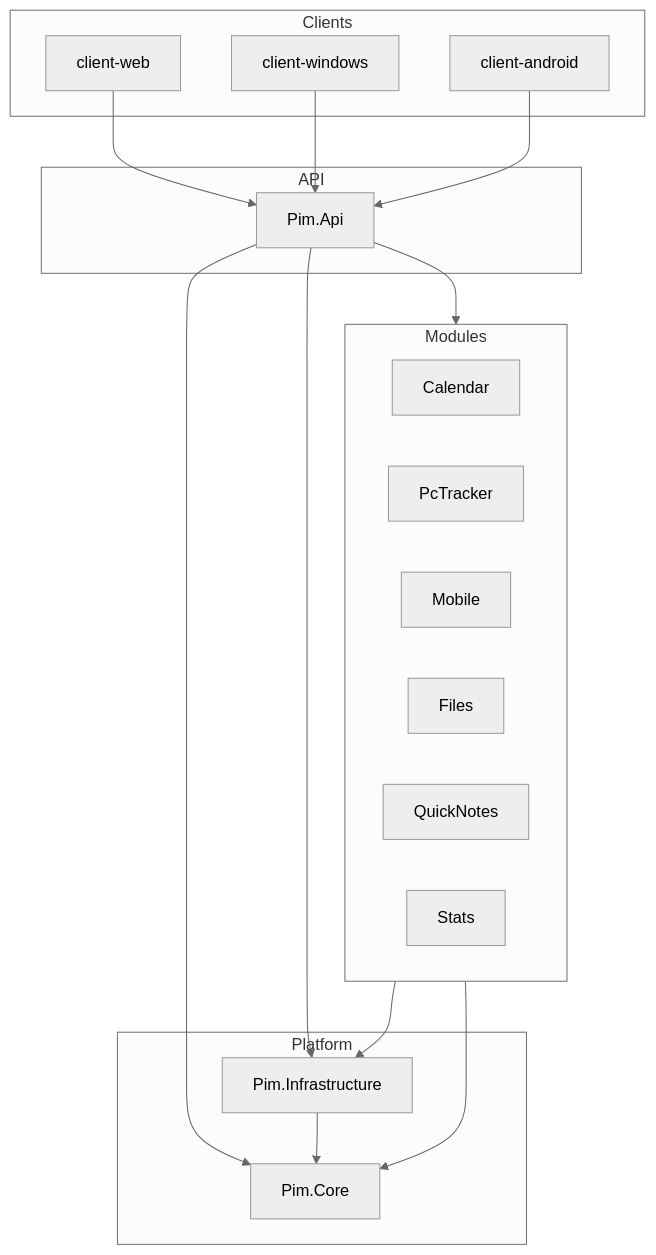
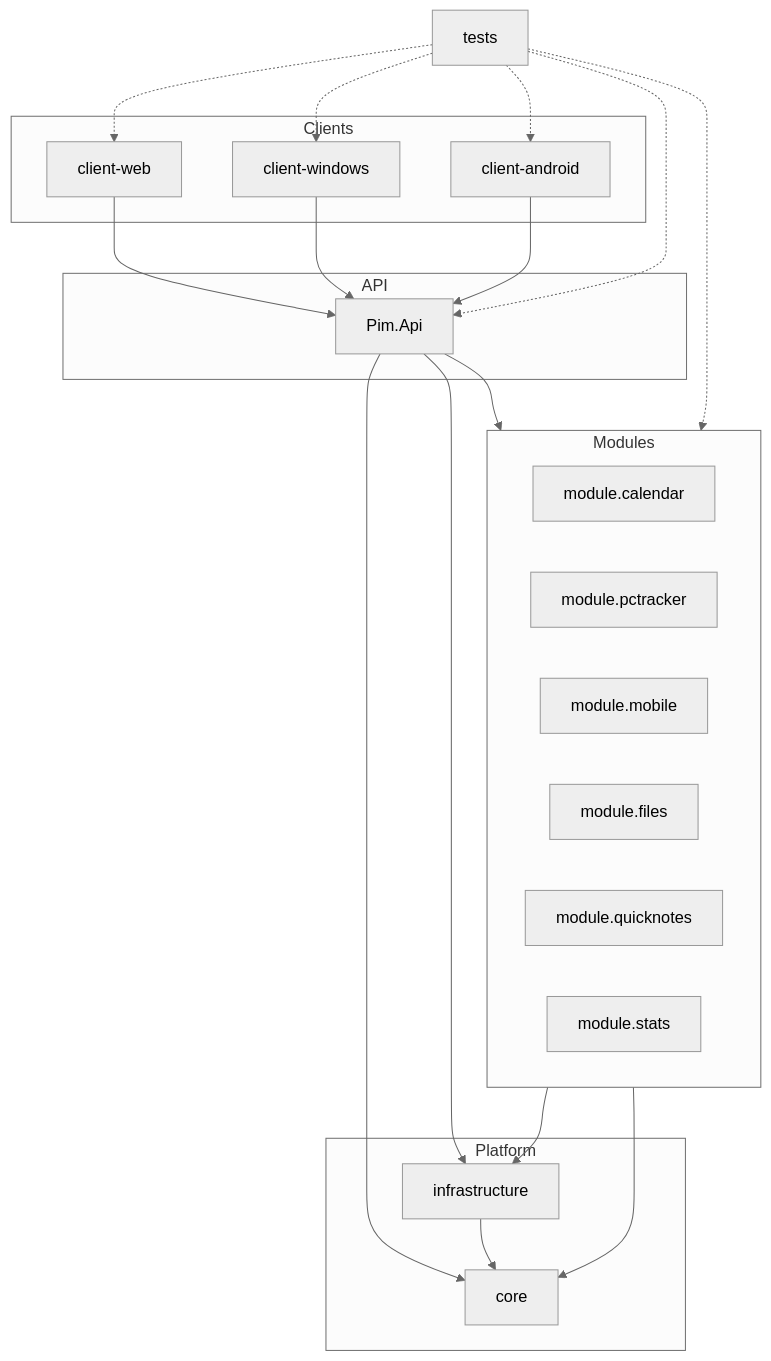
Before and after one commit to 2746267826/pim-platform: the diagram in docs/pseudocode/graphs/overview.mmd.md, drawn with Mermaid (neutral theme). The commit also changed other lines of this file and 49 other files, not shown here.

First line of the commit message:
docs: complete full-library pseudocode coverage and relationship graphs

````diff
--- a/docs/pseudocode/graphs/overview.mmd.md
+++ b/docs/pseudocode/graphs/overview.mmd.md
@@ -3,32 +5,38 @@
 ```mermaid
 flowchart TB
   subgraph clients [Clients]
     WEB[client-web]
     WIN[client-windows]
     AND[client-android]
   end
   subgraph api_layer [API]
     API[Pim.Api]
   end
   subgraph modules [Modules]
-    CAL[Calendar]
-    PC[PcTracker]
-    MOB[Mobile]
-    FIL[Files]
-    QN[QuickNotes]
-    ST[Stats]
+    CAL[module.calendar]
+    PC[module.pctracker]
+    MOB[module.mobile]
+    FIL[module.files]
+    QN[module.quicknotes]
+    ST[module.stats]
   end
   subgraph platform [Platform]
-    CORE[Pim.Core]
-    INFRA[Pim.Infrastructure]
+    CORE[core]
+    INFRA[infrastructure]
   end
+  TESTS[tests]
   WEB --> API
   WIN --> API
   AND --> API
   API --> modules
   API --> CORE
   API --> INFRA
   modules --> CORE
   modules --> INFRA
   INFRA --> CORE
+  TESTS -.-> WEB
+  TESTS -.-> API
+  TESTS -.-> modules
+  TESTS -.-> WIN
+  TESTS -.-> AND
 ```
````
